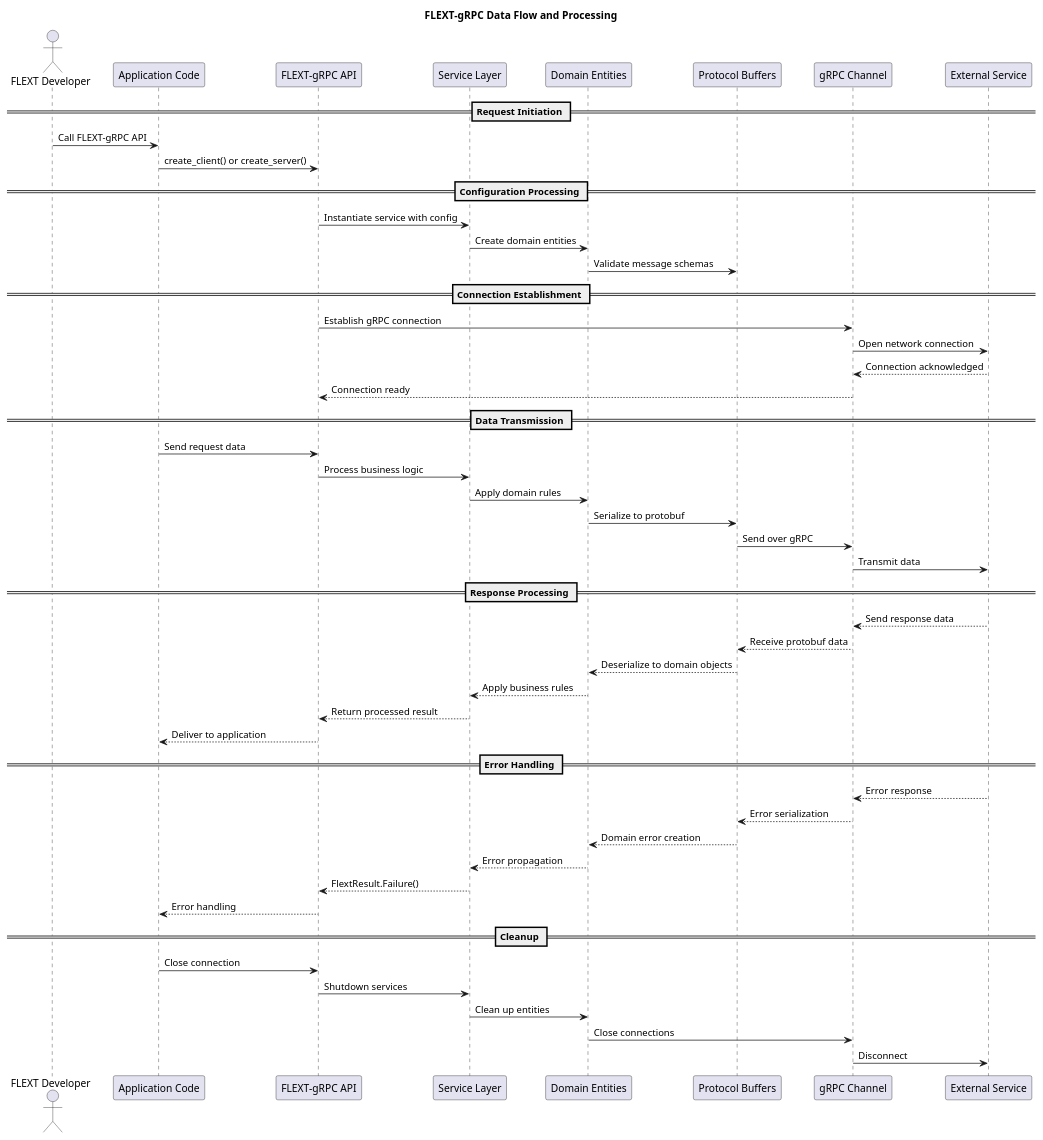
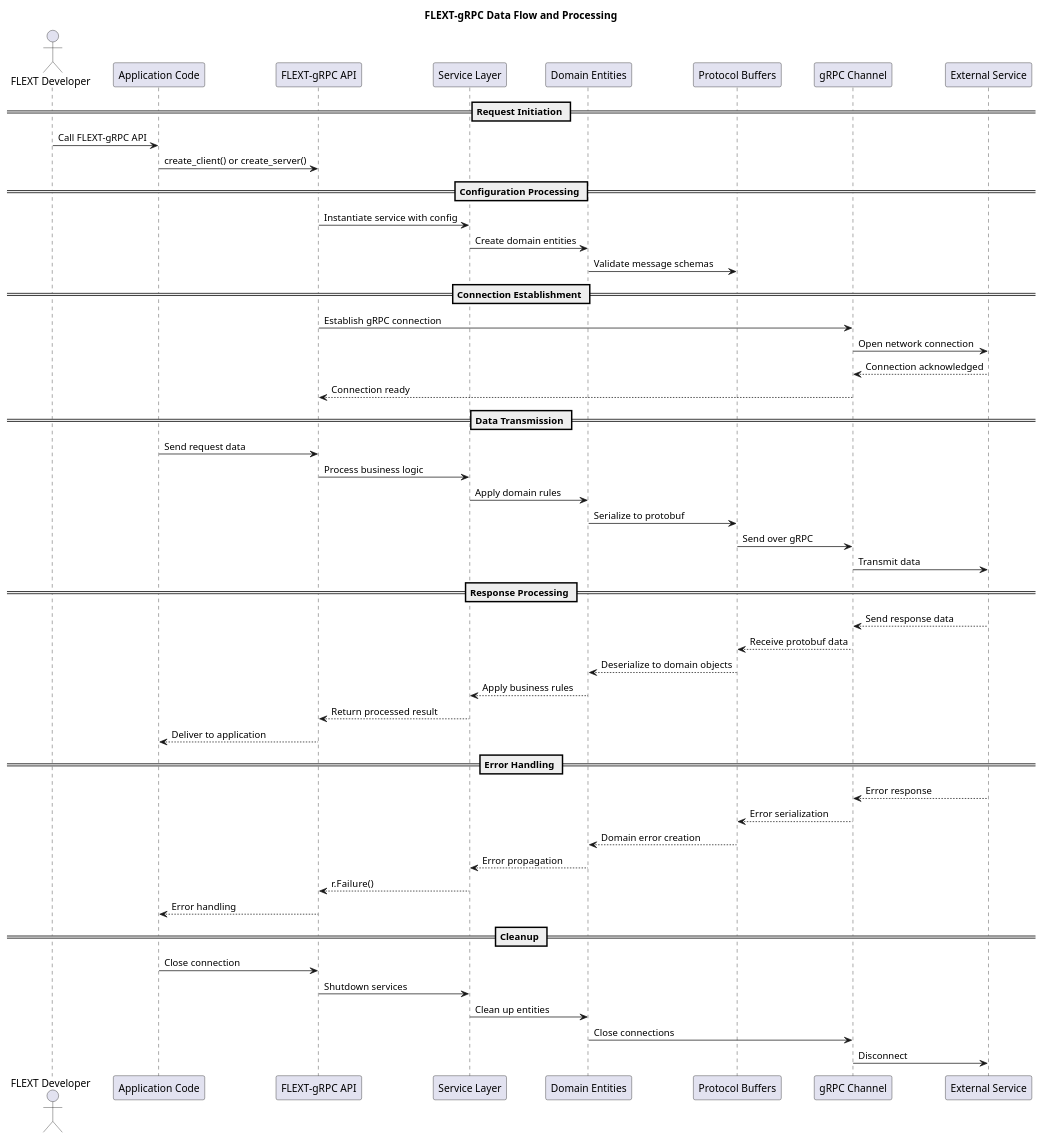
One commit to flext-sh/flext-grpc changed the diagram in docs/architecture/diagrams/data-flow.puml. Above: the diagram before and after it, drawn with PlantUML. The commit also changed 28 other files, not shown here.

```diff
--- a/docs/architecture/diagrams/data-flow.puml
+++ b/docs/architecture/diagrams/data-flow.puml
@@ -1,60 +1,60 @@
 @startuml FLEXT-gRPC Data Flow Diagram
 
 title FLEXT-gRPC Data Flow and Processing
 
 actor "FLEXT Developer" as developer
 participant "Application Code" as app
 participant "FLEXT-gRPC API" as api
 participant "Service Layer" as service
 participant "Domain Entities" as domain
 participant "Protocol Buffers" as protobuf
 participant "gRPC Channel" as channel
 participant "External Service" as external
 
 == Request Initiation ==
 developer -> app: Call FLEXT-gRPC API
 app -> api: create_client() or create_server()
 
 == Configuration Processing ==
 api -> service: Instantiate service with config
 service -> domain: Create domain entities
 domain -> protobuf: Validate message schemas
 
 == Connection Establishment ==
 api -> channel: Establish gRPC connection
 channel -> external: Open network connection
 external --> channel: Connection acknowledged
 channel --> api: Connection ready
 
 == Data Transmission ==
 app -> api: Send request data
 api -> service: Process business logic
 service -> domain: Apply domain rules
 domain -> protobuf: Serialize to protobuf
 protobuf -> channel: Send over gRPC
 channel -> external: Transmit data
 
 == Response Processing ==
 external --> channel: Send response data
 channel --> protobuf: Receive protobuf data
 protobuf --> domain: Deserialize to domain objects
 domain --> service: Apply business rules
 service --> api: Return processed result
 api --> app: Deliver to application
 
 == Error Handling ==
 external --> channel: Error response
 channel --> protobuf: Error serialization
 protobuf --> domain: Domain error creation
 domain --> service: Error propagation
-service --> api: FlextResult.Failure()
+service --> api: r.Failure()
 api --> app: Error handling
 
 == Cleanup ==
 app -> api: Close connection
 api -> service: Shutdown services
 service -> domain: Clean up entities
 domain -> channel: Close connections
 channel -> external: Disconnect
 
 @enduml
```
